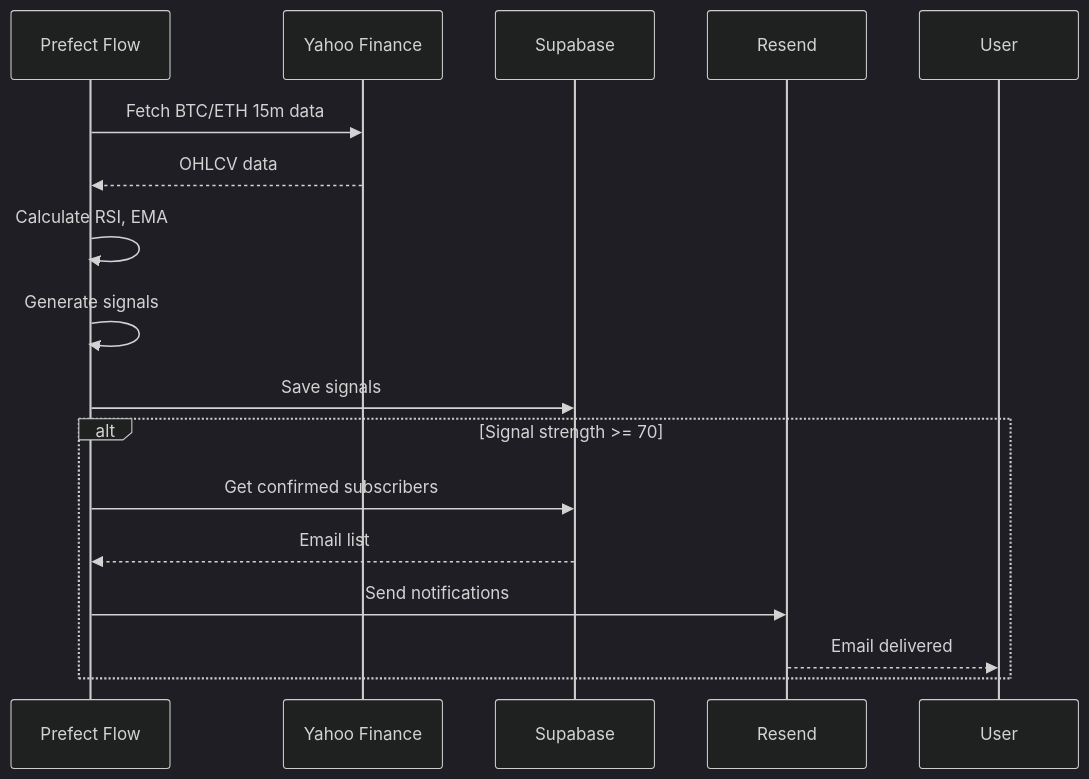
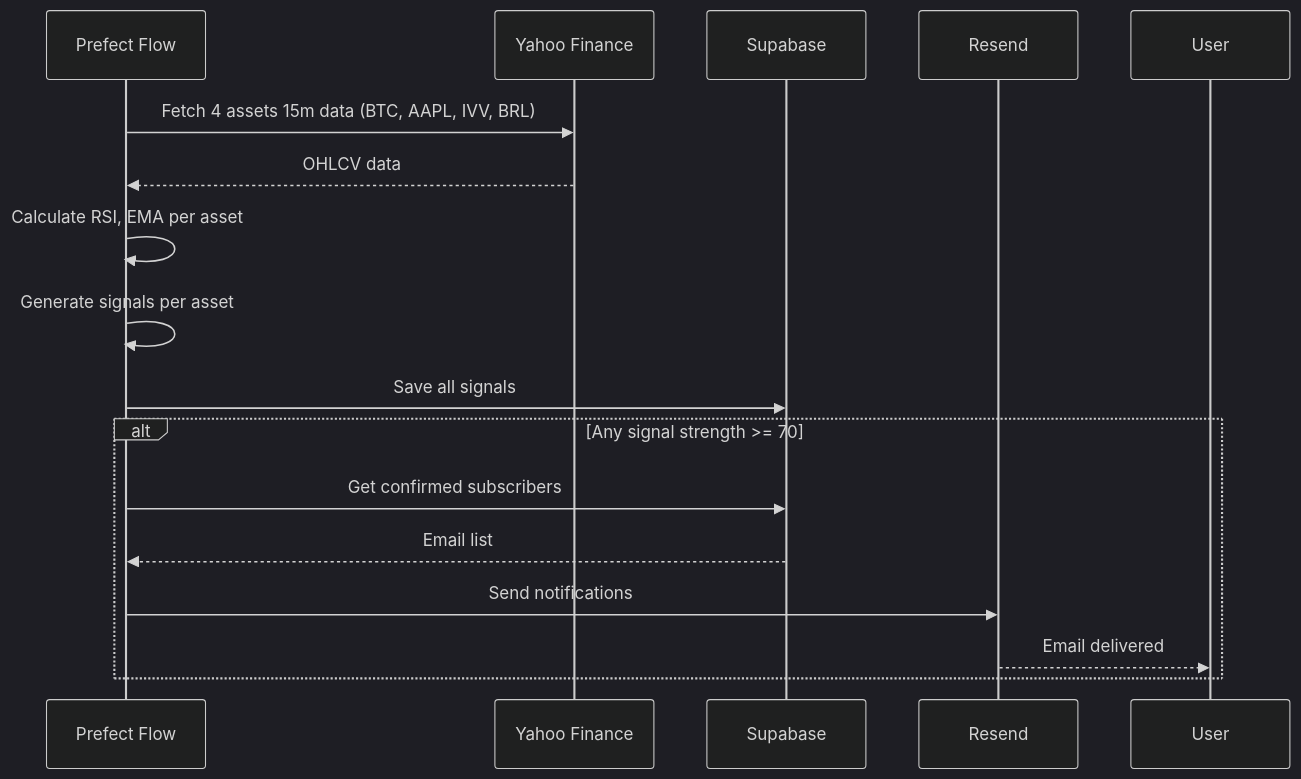
The second of 3 diagrams in docs/ARCHITECTURE.md (diegovfeder/signals), drawn with Mermaid (dark theme) before and after one commit. The commit also changed other lines of this file and 5 other files, not shown here.

First line of the commit message:
Pivot to multi-asset trading signals system

````diff
--- a/docs/ARCHITECTURE.md
+++ b/docs/ARCHITECTURE.md
@@ -172,21 +174,21 @@
 ```mermaid
 sequenceDiagram
     participant PREFECT as Prefect Flow
     participant YF as Yahoo Finance
     participant DB as Supabase
     participant RESEND as Resend
     participant USER as User
 
-    PREFECT->>YF: Fetch BTC/ETH 15m data
+    PREFECT->>YF: Fetch 4 assets 15m data (BTC, AAPL, IVV, BRL)
     YF-->>PREFECT: OHLCV data
-    PREFECT->>PREFECT: Calculate RSI, EMA
-    PREFECT->>PREFECT: Generate signals
-    PREFECT->>DB: Save signals
+    PREFECT->>PREFECT: Calculate RSI, EMA per asset
+    PREFECT->>PREFECT: Generate signals per asset
+    PREFECT->>DB: Save all signals
 
-    alt Signal strength >= 70
+    alt Any signal strength >= 70
         PREFECT->>DB: Get confirmed subscribers
         DB-->>PREFECT: Email list
         PREFECT->>RESEND: Send notifications
         RESEND-->>USER: Email delivered
     end
 ```
````
